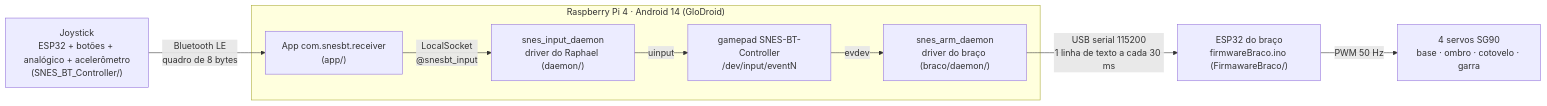
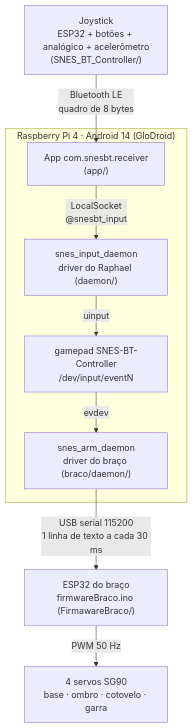
The diagram in README.md (caioding/DevTITANS-Joystick-Raspberry), drawn with Mermaid before and after one commit.

Commit message:
README: diagrama na vertical (legível no GitHub)

````diff
--- a/README.md
+++ b/README.md
@@ -22,19 +22,19 @@
 ```mermaid
-flowchart LR
+flowchart TD
     J["Joystick<br/>ESP32 + botões + analógico + acelerômetro<br/>(SNES_BT_Controller/)"]
     subgraph RPI["Raspberry Pi 4 · Android 14 (GloDroid)"]
         A["App com.snesbt.receiver<br/>(app/)"]
         D1["snes_input_daemon<br/>driver do Raphael (daemon/)"]
         G["gamepad SNES-BT-Controller<br/>/dev/input/eventN"]
         D2["snes_arm_daemon<br/>driver do braço (braco/daemon/)"]
     end
     E["ESP32 do braço<br/>firmwareBraco.ino (FirmawareBraco/)"]
     S["4 servos SG90<br/>base · ombro · cotovelo · garra"]
 
     J -- "Bluetooth LE<br/>quadro de 8 bytes" --> A
     A -- "LocalSocket<br/>@snesbt_input" --> D1
     D1 -- uinput --> G
     G -- evdev --> D2
     D2 -- "USB serial 115200<br/>1 linha de texto a cada 30 ms" --> E
     E -- PWM 50 Hz --> S
 ```
````
